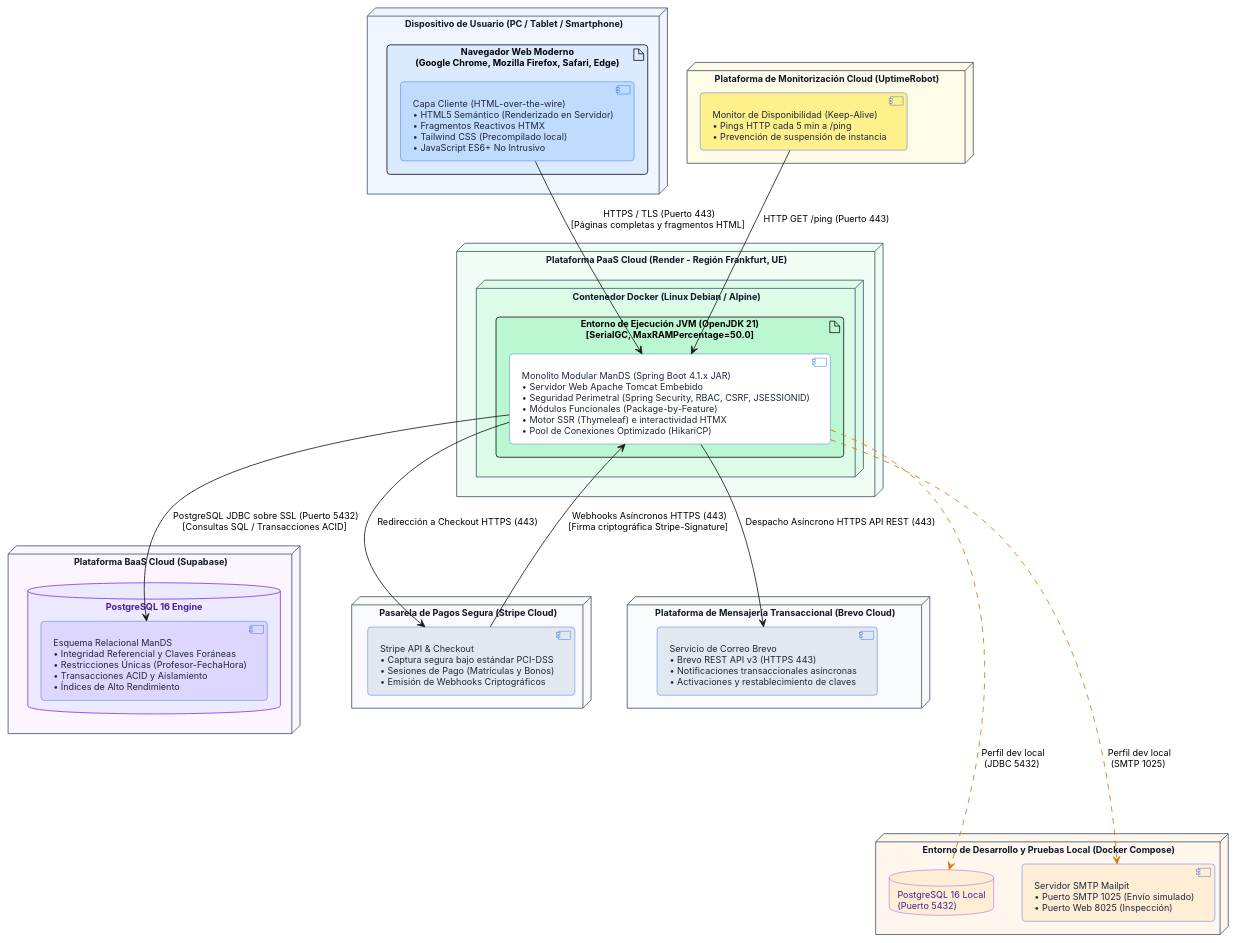
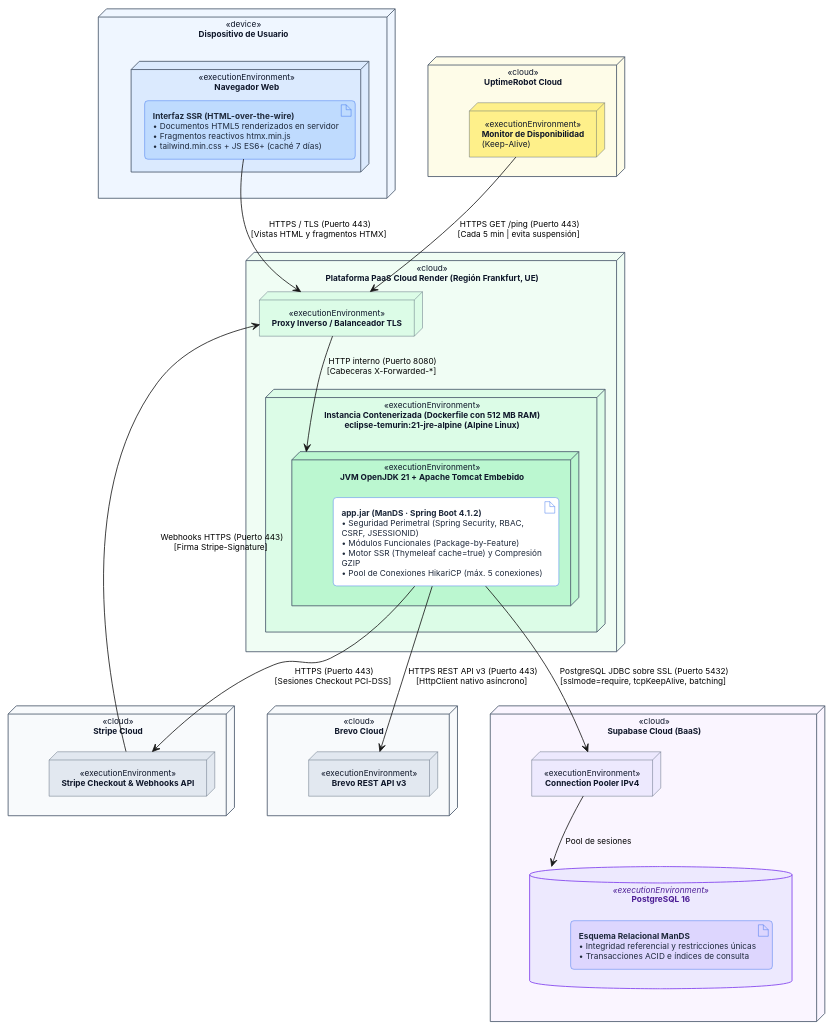
The diagram in Diagramas/Diagrama_Despliegue.puml (antonioabadpro/ManDS), drawn with PlantUML before and after one commit. The commit also changed 2 other files, not shown here.

Commit message:
feat: Implementación Diagrama Despliegue y Diagrama Despliegue Local

```diff
--- a/Diagramas/Diagrama_Despliegue.puml
+++ b/Diagramas/Diagrama_Despliegue.puml
@@ -1,101 +1,106 @@
-@startuml Diagrama_Despliegue_v1
+@startuml Diagrama_Despliegue_Cloud_v2
 ' ==============================================================================
 ' MAN-DS: APLICACIÓN WEB PARA GESTIÓN DE AUTOESCUELAS
-' VISTA FÍSICA / DIAGRAMA DE DESPLIEGUE E INFRAESTRUCTURA CLOUD
+' VISTA FÍSICA / DIAGRAMA DE DESPLIEGUE EN PRODUCCIÓN CLOUD (PERFIL: deploy)
 ' ==============================================================================
 
 top to bottom direction
 
 skinparam nodeStyle rectangle
 skinparam roundCorner 8
 skinparam defaultFontName "Inter", "Segoe UI", "sans-serif"
-skinparam defaultFontSize 11
+skinparam defaultFontSize 10
 skinparam shadowing false
+skinparam wrapWidth 250
+skinparam nodesep 42
+skinparam ranksep 46
 
 ' Paleta de colores corporativa
+skinparam stereotypeFontStyle plain
+
 skinparam node {
   BackgroundColor #F8FAFC
   BorderColor #475569
   FontColor #0F172A
-  FontStyle bold
+  StereotypeFontStyle plain
 }
 
-skinparam component {
+skinparam artifact {
   BackgroundColor #FFFFFF
   BorderColor #2563EB
   FontColor #1E293B
 }
 
 skinparam database {
   BackgroundColor #FAF5FF
   BorderColor #7C3AED
   FontColor #4C1D95
 }
 
 ' ------------------------------------------------------------------------------
-' 1. CLIENTE WEB Y MONITORIZACIÓN (NIVEL SUPERIOR)
+' 1. ACCESO DE CLIENTE Y MONITORIZACIÓN (NIVEL SUPERIOR)
 ' ------------------------------------------------------------------------------
-node "Dispositivo de Usuario (PC / Tablet / Smartphone)" as DispositivoCliente #EFF6FF {
-  artifact "Navegador Web Moderno\n(Google Chrome, Mozilla Firefox, Safari, Edge)" as NavegadorCliente #DBEAFE {
-    component "Capa Cliente (HTML-over-the-wire)\n• HTML5 Semántico (Renderizado en Servidor)\n• Fragmentos Reactivos HTMX\n• Tailwind CSS (Precompilado local)\n• JavaScript ES6+ No Intrusivo" as ClienteWeb #BFDBFE
+node "**Dispositivo de Usuario**" <<device>> as DispositivoCliente #EFF6FF {
+  node "**Navegador Web**" <<executionEnvironment>> as NavegadorCliente #DBEAFE {
+    artifact "**Interfaz SSR (HTML-over-the-wire)**\n• Documentos HTML5 renderizados en servidor\n• Fragmentos reactivos htmx.min.js\n• tailwind.min.css + JS ES6+ (caché 7 días)" as InterfazWeb #BFDBFE
   }
 }
 
-node "Plataforma de Monitorización Cloud (UptimeRobot)" as NodoMonitor #FEFCE8 {
-  component "Monitor de Disponibilidad (Keep-Alive)\n• Pings HTTP cada 5 min a /ping\n• Prevención de suspensión de instancia" as UptimeMonitor #FEF08A
+node "**UptimeRobot Cloud**" <<cloud>> as NodoMonitor #FEFCE8 {
+  node "**Monitor de Disponibilidad**\n(Keep-Alive)" <<executionEnvironment>> as UptimeMonitor #FEF08A
 }
+
+DispositivoCliente -[hidden]right- NodoMonitor
 
 ' ------------------------------------------------------------------------------
 ' 2. SERVIDOR DE APLICACIONES (PAAS CLOUD - RENDER)
 ' ------------------------------------------------------------------------------
-node "Plataforma PaaS Cloud (Render - Región Frankfurt, UE)" as NodoRender #F0FDF4 {
-  node "Contenedor Docker (Linux Debian / Alpine)" as ContenedorApp #DCFCE7 {
-    artifact "Entorno de Ejecución JVM (OpenJDK 21)\n[SerialGC, MaxRAMPercentage=50.0]" as RuntimeJVM #BBF7D0 {
-      component "Monolito Modular ManDS (Spring Boot 4.1.x JAR)\n• Servidor Web Apache Tomcat Embebido\n• Seguridad Perimetral (Spring Security, RBAC, CSRF, JSESSIONID)\n• Módulos Funcionales (Package-by-Feature)\n• Motor SSR (Thymeleaf) e interactividad HTMX\n• Pool de Conexiones Optimizado (HikariCP)" as AppSpring #FFFFFF
+node "**Plataforma PaaS Cloud Render (Región Frankfurt, UE)**" <<cloud>> as NodoRender #F0FDF4 {
+  node "**Proxy Inverso / Balanceador TLS**" <<executionEnvironment>> as ProxyRender #DCFCE7
+
+  node "**Instancia Contenerizada (Dockerfile con 512 MB RAM)**\neclipse-temurin:21-jre-alpine (Alpine Linux)" <<executionEnvironment>> as ContenedorApp #DCFCE7 {
+    node "**JVM OpenJDK 21 + Apache Tomcat Embebido**" <<executionEnvironment>> as RuntimeJVM #BBF7D0 {
+      artifact "**app.jar (ManDS · Spring Boot 4.1.2)**\n• Seguridad Perimetral (Spring Security, RBAC, CSRF, JSESSIONID)\n• Módulos Funcionales (Package-by-Feature)\n• Motor SSR (Thymeleaf cache=true) y Compresión GZIP\n• Pool de Conexiones HikariCP (máx. 5 conexiones)" as AppSpring #FFFFFF
     }
   }
+
+  ProxyRender -down-> RuntimeJVM : " HTTP interno (Puerto 8080)\n[Cabeceras X-Forwarded-*]"
 }
 
 ' ------------------------------------------------------------------------------
 ' 3. PERSISTENCIA Y SERVICIOS EXTERNOS CLOUD (NIVEL INFERIOR)
 ' ------------------------------------------------------------------------------
-node "Plataforma BaaS Cloud (Supabase)" as NodoSupabase #FAF5FF {
-  database "PostgreSQL 16 Engine" as MotorPostgres #EDE9FE {
-    component "Esquema Relacional ManDS\n• Integridad Referencial y Claves Foráneas\n• Restricciones Únicas (Profesor-FechaHora)\n• Transacciones ACID y Aislamiento\n• Índices de Alto Rendimiento" as EsquemaBD #DDD6FE
+node "**Supabase Cloud (BaaS)**" <<cloud>> as NodoSupabase #FAF5FF {
+  node "**Connection Pooler IPv4**" <<executionEnvironment>> as PoolerSupabase #EDE9FE
+  database "PostgreSQL 16" <<executionEnvironment>> as MotorPostgres #EDE9FE {
+    artifact "**Esquema Relacional ManDS**\n• Integridad referencial y restricciones únicas\n• Transacciones ACID e índices de consulta" as EsquemaBD #DDD6FE
   }
+  PoolerSupabase -down-> MotorPostgres : " Pool de sesiones"
 }
 
-node "Pasarela de Pagos Segura (Stripe Cloud)" as NodoStripe #F8FAFC {
-  component "Stripe API & Checkout\n• Captura segura bajo estándar PCI-DSS\n• Sesiones de Pago (Matrículas y Bonos)\n• Emisión de Webhooks Criptográficos" as ServicioStripe #E2E8F0
+node "**Stripe Cloud**" <<cloud>> as NodoStripe #F8FAFC {
+  node "**Stripe Checkout & Webhooks API**" <<executionEnvironment>> as ServicioStripe #E2E8F0
 }
 
-node "Plataforma de Mensajería Transaccional (Brevo Cloud)" as NodoBrevo #F8FAFC {
-  component "Servicio de Correo Brevo\n• Brevo REST API v3 (HTTPS 443)\n• Notificaciones transaccionales asíncronas\n• Activaciones y restablecimiento de claves" as ServicioBrevo #E2E8F0
+node "**Brevo Cloud**" <<cloud>> as NodoBrevo #F8FAFC {
+  node "**Brevo REST API v3**" <<executionEnvironment>> as ServicioBrevo #E2E8F0
 }
 
-' ------------------------------------------------------------------------------
-' 4. ENTORNO DE DESARROLLO LOCAL COMPLEMENTARIO (DOCKER COMPOSE)
-' ------------------------------------------------------------------------------
-node "Entorno de Desarrollo y Pruebas Local (Docker Compose)" as NodoDockerLocal #FFF7ED {
-  database "PostgreSQL 16 Local\n(Puerto 5432)" as PostgresLocal #FFEDD5
-  component "Servidor SMTP Mailpit\n• Puerto SMTP 1025 (Envío simulado)\n• Puerto Web 8025 (Inspección)" as MailpitLocal #FFEDD5
-}
+NodoSupabase -[hidden]right- NodoStripe
+NodoStripe -[hidden]right- NodoBrevo
 
 ' ------------------------------------------------------------------------------
 ' COMUNICACIONES Y PROTOCOLOS DE RED
 ' ------------------------------------------------------------------------------
-ClienteWeb -down-> AppSpring : " HTTPS / TLS (Puerto 443)\n[Páginas completas y fragmentos HTML]"
-UptimeMonitor -down-> AppSpring : " HTTP GET /ping (Puerto 443)"
+InterfazWeb -down-> ProxyRender : " HTTPS / TLS (Puerto 443)\n[Vistas HTML y fragmentos HTMX]"
+UptimeMonitor -down-> ProxyRender : " HTTPS GET /ping (Puerto 443)\n[Cada 5 min | evita suspensión]"
 
-AppSpring -down-> EsquemaBD : " PostgreSQL JDBC sobre SSL (Puerto 5432)\n[Consultas SQL / Transacciones ACID]"
+AppSpring -down-> PoolerSupabase : " PostgreSQL JDBC sobre SSL (Puerto 5432)\n[sslmode=require, tcpKeepAlive, batching]"
 
-AppSpring -down-> ServicioStripe : " Redirección a Checkout HTTPS (443)"
-ServicioStripe -up-> AppSpring : " Webhooks Asíncronos HTTPS (443)\n[Firma criptográfica Stripe-Signature]"
+AppSpring -down-> ServicioStripe : " HTTPS (Puerto 443)\n[Sesiones Checkout PCI-DSS]"
+ServicioStripe -up-> ProxyRender : " Webhooks HTTPS (Puerto 443)\n[Firma Stripe-Signature]"
 
-AppSpring -down-> ServicioBrevo : " Despacho Asíncrono HTTPS API REST (443)"
 
-' Relaciones del entorno de pruebas local
-AppSpring ..[#D97706,dashed]..> PostgresLocal : " Perfil dev local\n(JDBC 5432)"
-AppSpring ..[#D97706,dashed]..> MailpitLocal : " Perfil dev local\n(SMTP 1025)"
+AppSpring -down-> ServicioBrevo : " HTTPS REST API v3 (Puerto 443)\n[HttpClient nativo asíncrono]"
 
 @enduml
```
